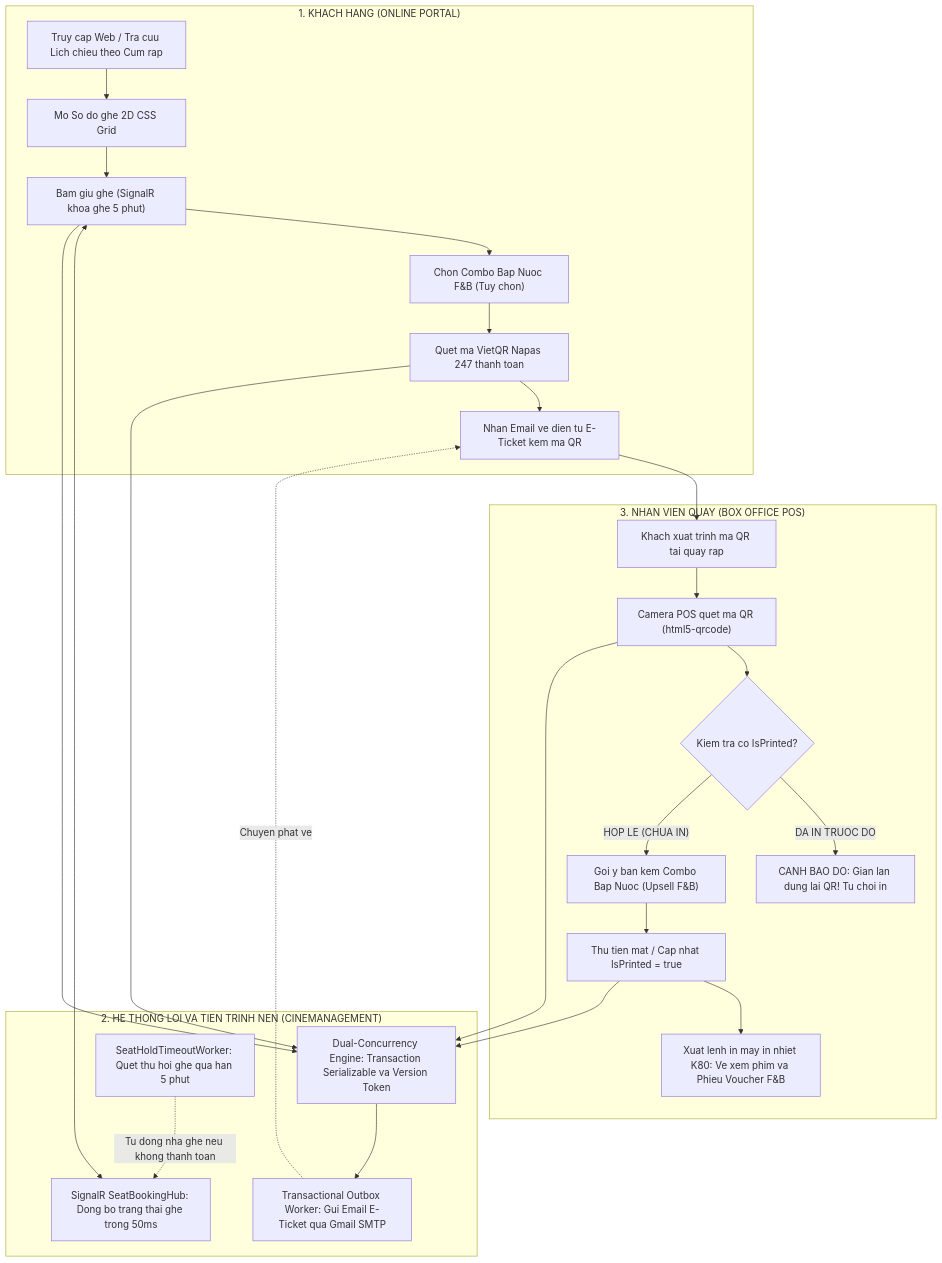
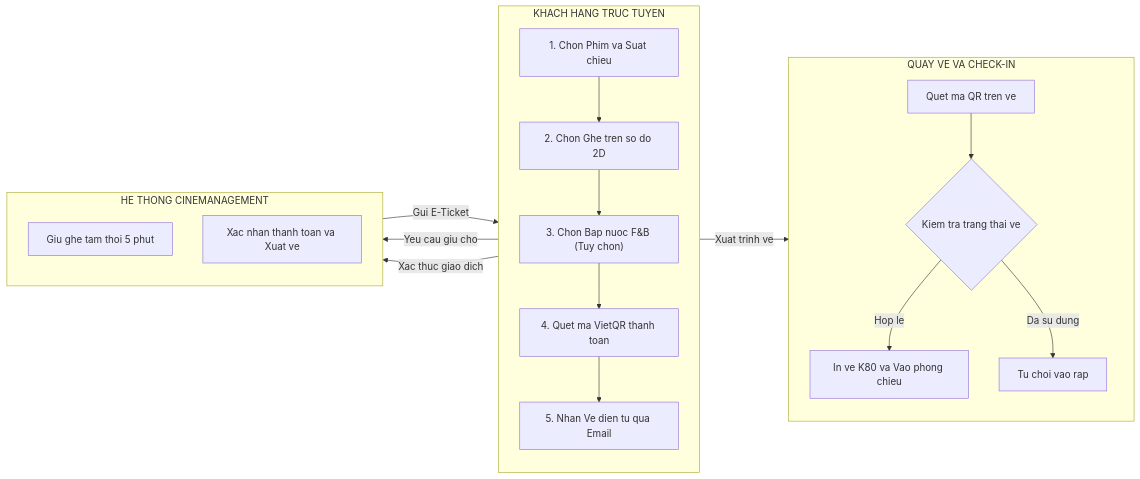
One commit to IR3lI/Cinema-Managment changed the first of 3 diagrams in docs/06_QUY_TRINH_NGHIEP_VU_WORKFLOW.md. Above: the diagram before and after it, drawn with Mermaid. The commit also changed other lines of this file, not shown here.

Commit message:
docs: simplify core business workflows, remove background worker diagram and icons

````diff
--- a/docs/06_QUY_TRINH_NGHIEP_VU_WORKFLOW.md
+++ b/docs/06_QUY_TRINH_NGHIEP_VU_WORKFLOW.md
@@ -14,37 +13,28 @@
 ```mermaid
-flowchart TD
-    subgraph KHACH_HANG ["1. KHACH HANG (ONLINE PORTAL)"]
-        A1["Truy cap Web / Tra cuu Lich chieu theo Cum rap"] --> A2["Mo So do ghe 2D CSS Grid"]
-        A2 --> A3["Bam giu ghe (SignalR khoa ghe 5 phut)"]
-        A3 --> A4["Chon Combo Bap Nuoc F&B (Tuy chon)"]
-        A4 --> A5["Quet ma VietQR Napas 247 thanh toan"]
-        A5 --> A6["Nhan Email ve dien tu E-Ticket kem ma QR"]
+flowchart LR
+    subgraph KHACH_HANG ["KHACH HANG TRUC TUYEN"]
+        direction TB
+        A1["1. Chon Phim va Suat chieu"] --> A2["2. Chon Ghe tren so do 2D"]
+        A2 --> A3["3. Chon Bap nuoc F&B (Tuy chon)"]
+        A3 --> A4["4. Quet ma VietQR thanh toan"]
+        A4 --> A5["5. Nhan Ve dien tu qua Email"]
     end
 
-    subgraph HE_THONG_LOI ["2. HE THONG LOI VA TIEN TRINH NEN (CINEMANAGEMENT)"]
-        B1["SignalR SeatBookingHub: Dong bo trang thai ghe trong 50ms"]
-        B2["Dual-Concurrency Engine: Transaction Serializable va Version Token"]
-        B3["SeatHoldTimeoutWorker: Quet thu hoi ghe qua han 5 phut"]
-        B4["Transactional Outbox Worker: Gui Email E-Ticket qua Gmail SMTP"]
+    subgraph HE_THONG ["HE THONG CINEMANAGEMENT"]
+        direction TB
+        B1["Giu ghe tam thoi 5 phut"]
+        B2["Xac nhan thanh toan va Xuat ve"]
     end
 
-    subgraph QUAY_POS ["3. NHAN VIEN QUAY (BOX OFFICE POS)"]
-        C1["Khach xuat trinh ma QR tai quay rap"] --> C2["Camera POS quet ma QR (html5-qrcode)"]
-        C2 --> C3{"Kiem tra co IsPrinted?"}
-        C3 -- "DA IN TRUOC DO" --> C4["CANH BAO DO: Gian lan dung lai QR! Tu choi in"]
-        C3 -- "HOP LE (CHUA IN)" --> C5["Goi y ban kem Combo Bap Nuoc (Upsell F&B)"]
-        C5 --> C6["Thu tien mat / Cap nhat IsPrinted = true"]
-        C6 --> C7["Xuat lenh in may in nhiet K80: Ve xem phim va Phieu Voucher F&B"]
+    subgraph QUAY_VE ["QUAY VE VA CHECK-IN"]
+        direction TB
+        C1["Quet ma QR tren ve"] --> C2{"Kiem tra trang thai ve"}
+        C2 -- "Hop le" --> C3["In ve K80 va Vao phong chieu"]
+        C2 -- "Da su dung" --> C4["Tu choi vao rap"]
     end
 
-    A3 <--> B1
-    A3 --> B2
-    B3 -.->|Tu dong nha ghe neu khong thanh toan| B1
-    A5 --> B2
-    B2 --> B4
-    B4 -.->|Chuyen phat ve| A6
-
-    A6 --> C1
-    C2 --> B2
-    C6 --> B2
+    A2 -->|Yeu cau giu cho| B1
+    A4 -->|Xac thuc giao dich| B2
+    B2 -->|Gui E-Ticket| A5
+    A5 -->|Xuat trinh ve| C1
 ```
````
